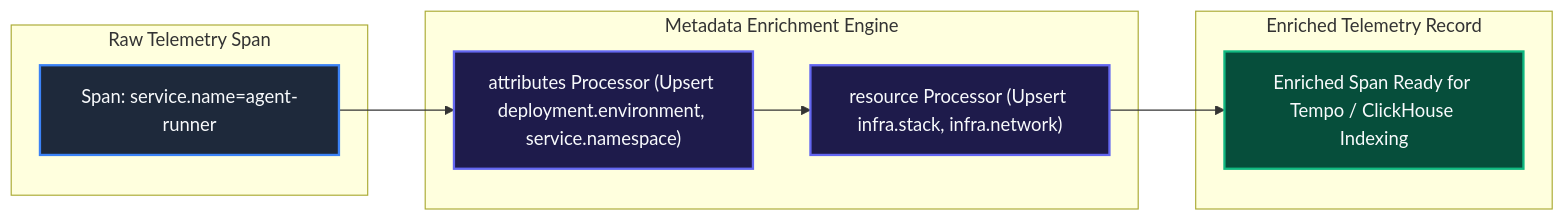
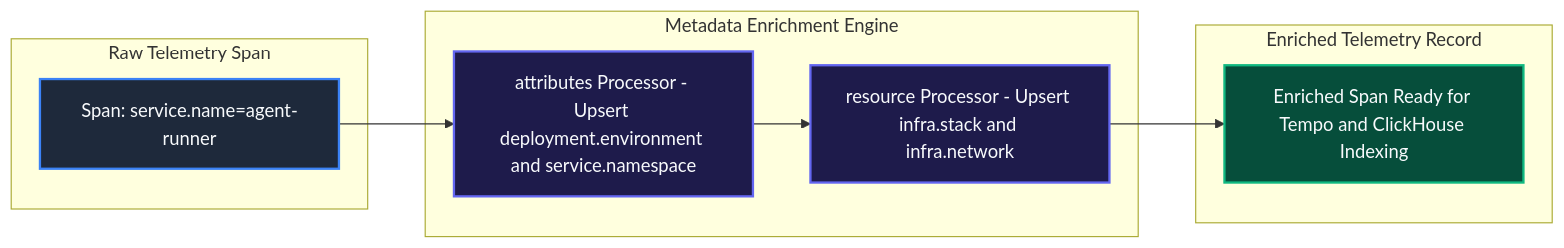
The ninth of 22 diagrams in docs/configDoc/otel-collector-configuration-guide.md (Chief-Strategist-J/llm-obs-infra), drawn with Mermaid before and after one commit. The commit also changed other lines of this file, not shown here.

Commit message:
fix(docs): resolve all Mermaid diagram syntax and layout rendering issues in otel configuration guide

````diff
--- a/docs/configDoc/otel-collector-configuration-guide.md
+++ b/docs/configDoc/otel-collector-configuration-guide.md
@@ -1060,24 +1082,24 @@
 ```mermaid
 graph LR
     subgraph ClientSpan ["Raw Telemetry Span"]
         RawTrace["Span: service.name=agent-runner"]
     end
 
     subgraph InjectorProcessors ["Metadata Enrichment Engine"]
-        AttrStage["attributes Processor (Upsert deployment.environment, service.namespace)"]
-        ResStage["resource Processor (Upsert infra.stack, infra.network)"]
+        AttrStage["attributes Processor - Upsert deployment.environment and service.namespace"]
+        ResStage["resource Processor - Upsert infra.stack and infra.network"]
     end
 
     subgraph StandardizedTrace ["Enriched Telemetry Record"]
-        TaggedTrace["Enriched Span Ready for Tempo / ClickHouse Indexing"]
+        TaggedTrace["Enriched Span Ready for Tempo and ClickHouse Indexing"]
     end
 
     RawTrace --> AttrStage
     AttrStage --> ResStage
     ResStage --> TaggedTrace
 
     style RawTrace fill:#1e293b,stroke:#3b82f6,stroke-width:2px,color:#f8fafc
     style AttrStage fill:#1e1b4b,stroke:#6366f1,stroke-width:2px,color:#f8fafc
     style ResStage fill:#1e1b4b,stroke:#6366f1,stroke-width:2px,color:#f8fafc
     style TaggedTrace fill:#064e3b,stroke:#10b981,stroke-width:2px,color:#f8fafc
 ```
````
